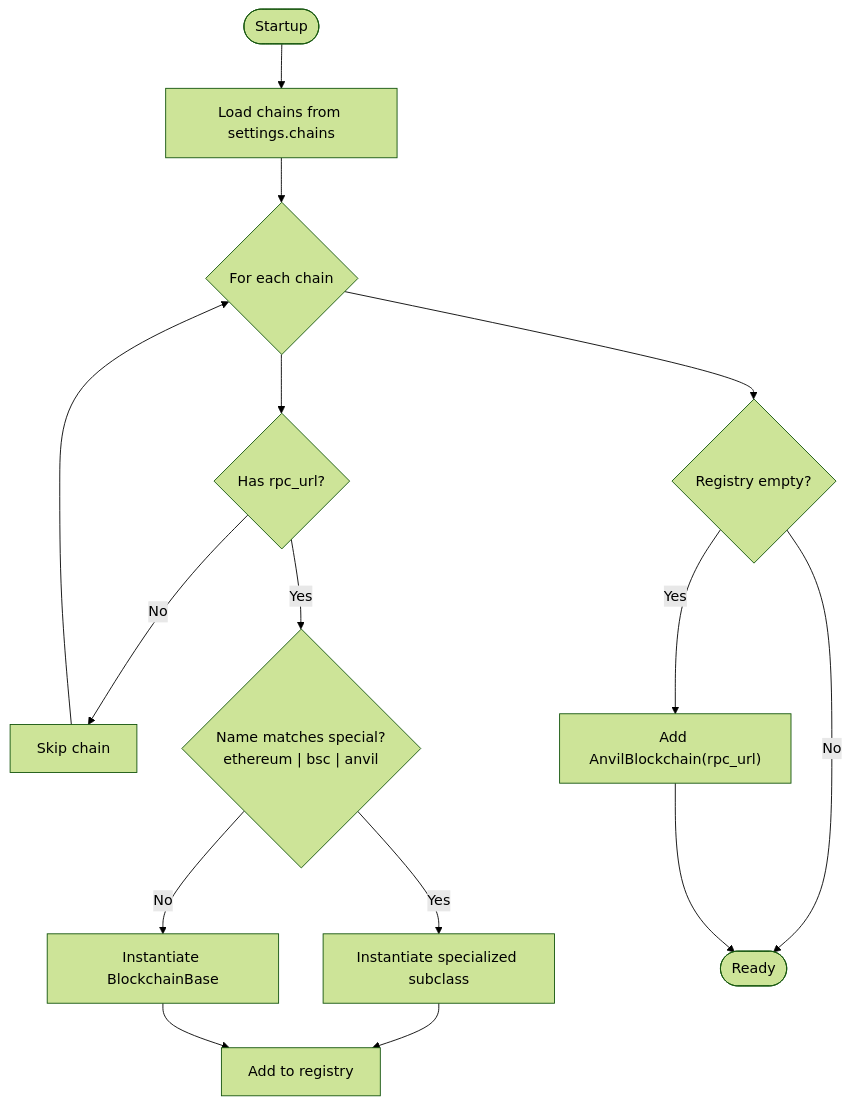
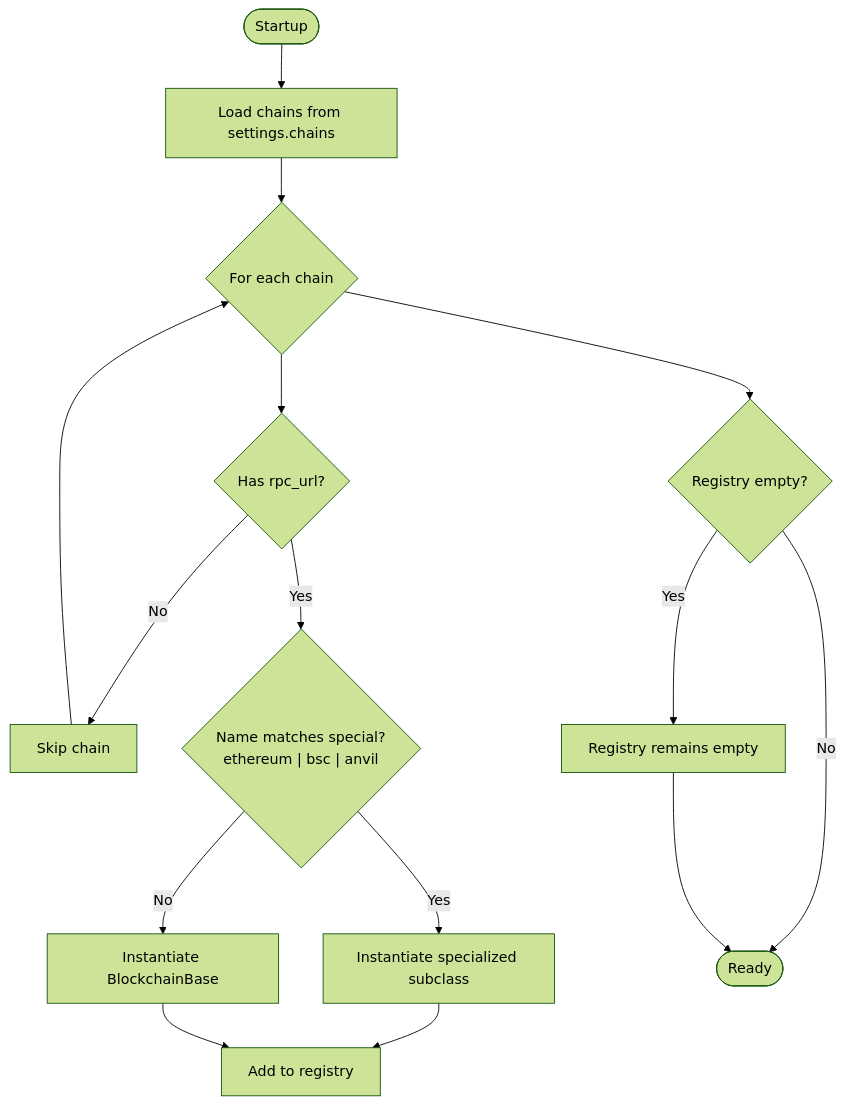
The fifth of 11 diagrams in docs/advanced-topics/custom-chain-implementation.md (rakibhossain72/ctrip-docs), drawn with Mermaid (forest theme) before and after one commit. The commit also changed 8 other files, not shown here.

Commit message:
docs: Remove all mentions of a global RPC URL and its fallback mechanism, relying solely on chains.yaml for RPC configuration.

````diff
--- a/docs/advanced-topics/custom-chain-implementation.md
+++ b/docs/advanced-topics/custom-chain-implementation.md
@@ -231,17 +231,17 @@
 ```mermaid
 flowchart TD
 Start(["Startup"]) --> LoadCfg["Load chains from settings.chains"]
 LoadCfg --> Iterate{"For each chain"}
 Iterate --> HasRPC{"Has rpc_url?"}
 HasRPC --> |No| Skip["Skip chain"]
 HasRPC --> |Yes| Match{"Name matches special?<br/>ethereum | bsc | anvil"}
 Match --> |Yes| NewSpec["Instantiate specialized subclass"]
 Match --> |No| NewBase["Instantiate BlockchainBase"]
 NewSpec --> Register["Add to registry"]
 NewBase --> Register
 Skip --> Iterate
 Iterate --> Done{"Registry empty?"}
-Done --> |Yes| Fallback["Add AnvilBlockchain(rpc_url)"]
+Done --> |Yes| Fallback["Registry remains empty"]
 Done --> |No| End(["Ready"])
 Fallback --> End
 ```
````
